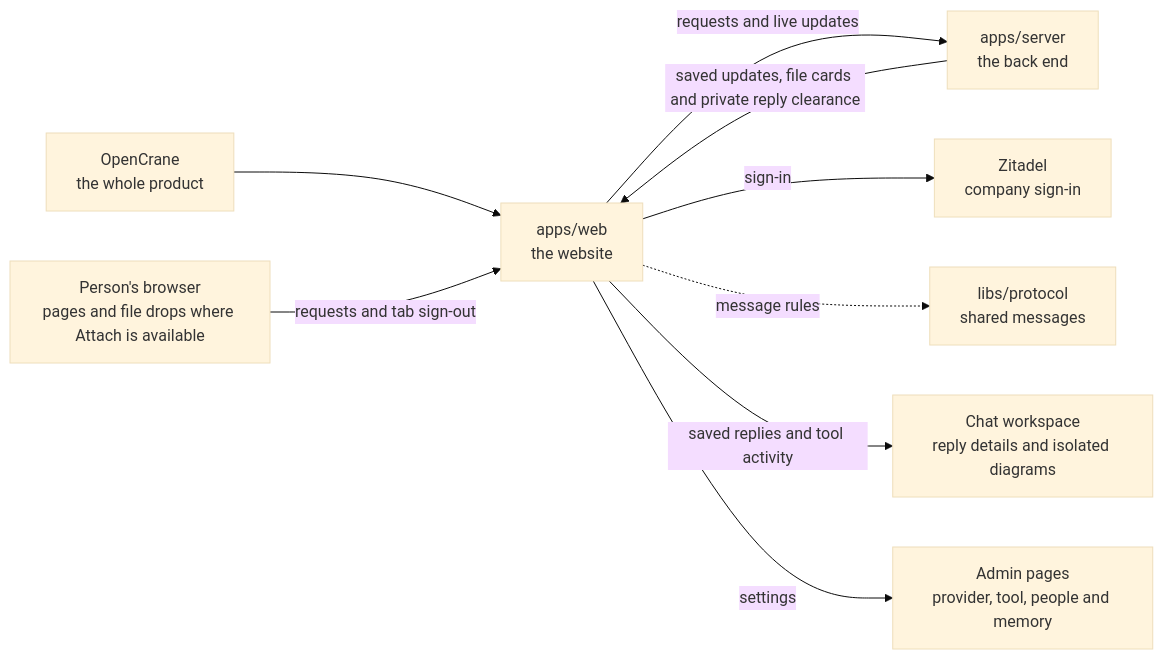
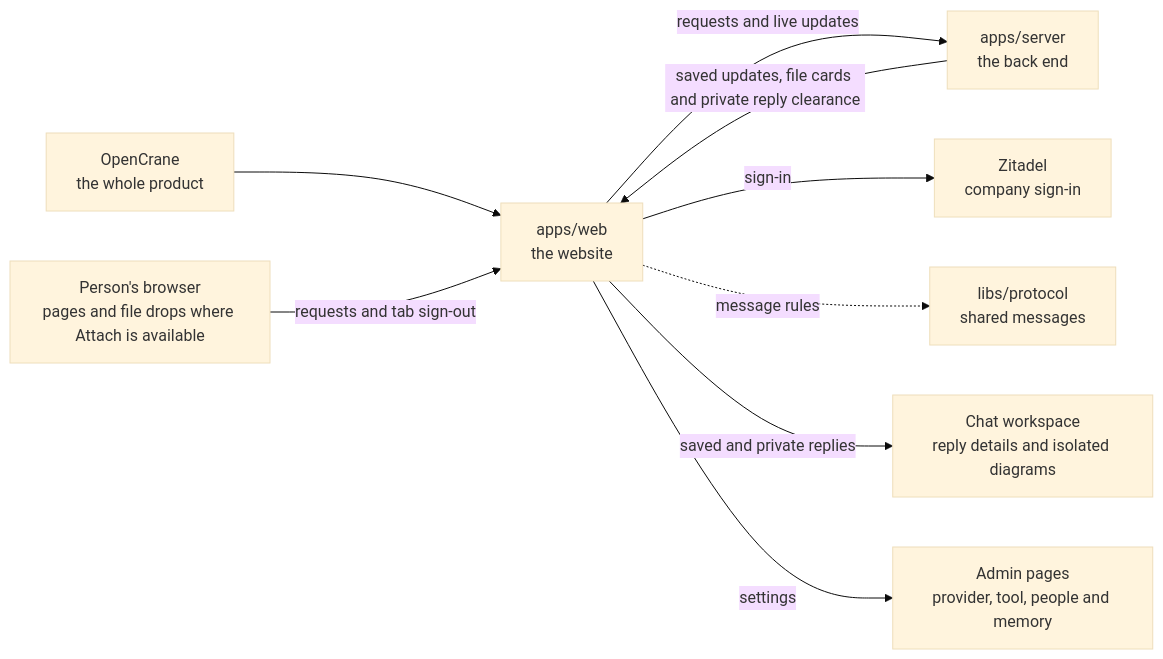
One commit to elewa-git/opencrane-new changed the diagram in apps/web/README.md. Above: the diagram before and after it, drawn with Mermaid (base theme). The commit also changed other lines of this file and 22 other files, not shown here.

Commit message:
🧠 Show private replies and remove their text and diagrams when cleared

````diff
--- a/apps/web/README.md
+++ b/apps/web/README.md
@@ -16,11 +16,11 @@
 ```mermaid
 flowchart LR
   system["OpenCrane<br/>the whole product"] --> web["apps/web<br/>the website"]
   browser["Person's browser<br/>pages and file drops where Attach is available"] -->|requests and tab sign-out| web
   web -->|requests and live updates| server["apps/server<br/>the back end"]
   server -->|saved updates, file cards and private reply clearance| web
   web -->|sign-in| zitadel["Zitadel<br/>company sign-in"]
   web -.->|message rules| protocol["libs/protocol<br/>shared messages"]
-  web -->|saved replies and tool activity| capture["Chat workspace<br/>reply details and isolated diagrams"]
+  web -->|saved and private replies| capture["Chat workspace<br/>reply details and isolated diagrams"]
   web -->|settings| admin["Admin pages<br/>provider, tool, people and memory"]
 ```
````
